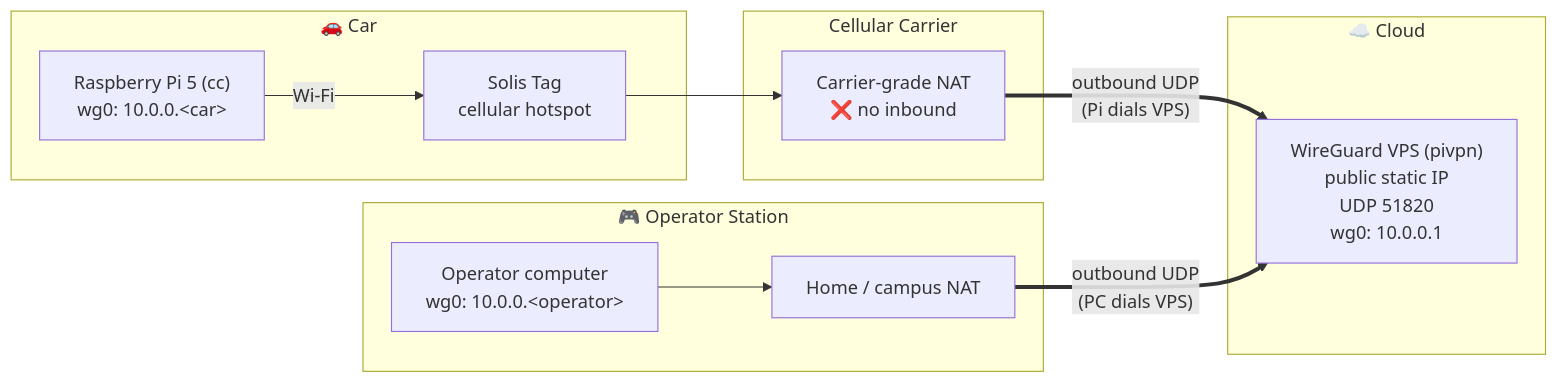
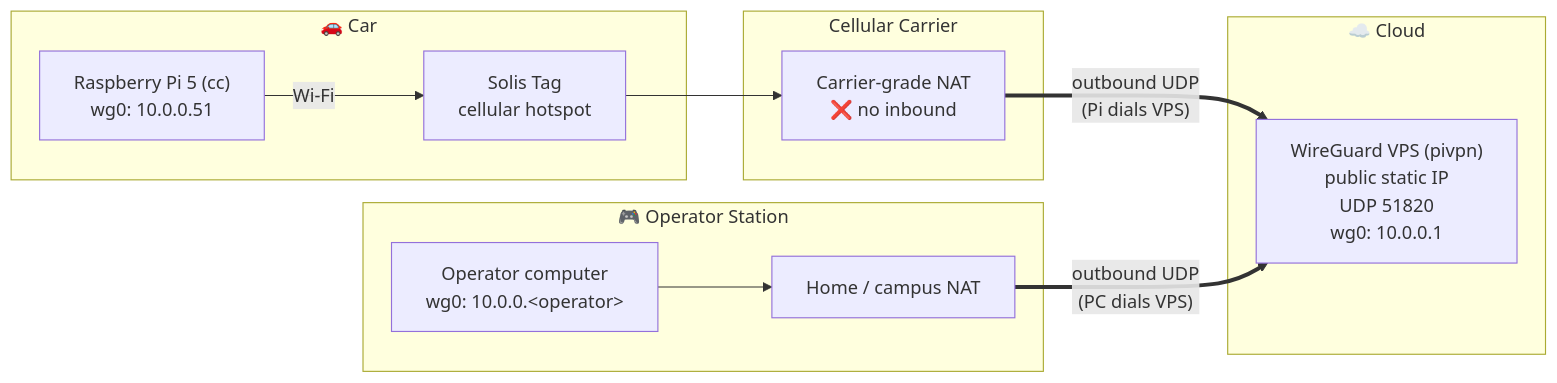
The diagram in System_Setup_Info/readme.md (Nick-Pillsbury/CC), drawn with Mermaid before and after one commit. The commit also changed other lines of this file and 2 other files, not shown here.

````diff
--- a/System_Setup_Info/readme.md
+++ b/System_Setup_Info/readme.md
@@ -265,26 +313,26 @@
 ```mermaid
 flowchart LR
     subgraph CAR["🚗 Car"]
-        PI["Raspberry Pi 5 (cc)<br/>wg0: 10.0.0.&lt;car&gt;"]
+        PI["Raspberry Pi 5 (cc)<br/>wg0: 10.0.0.51"]
         SOLIS["Solis Tag<br/>cellular hotspot"]
         PI -- Wi-Fi --> SOLIS
     end
 
     subgraph CELL["Cellular Carrier"]
         CGNAT["Carrier-grade NAT<br/>❌ no inbound"]
     end
 
     subgraph CLOUD["☁️ Cloud"]
         VPS["WireGuard VPS (pivpn)<br/>public static IP<br/>UDP 51820<br/>wg0: 10.0.0.1"]
     end
 
     subgraph OP["🎮 Operator Station"]
         PC["Operator computer<br/>wg0: 10.0.0.&lt;operator&gt;"]
         NAT2["Home / campus NAT"]
         PC --> NAT2
     end
 
     SOLIS --> CGNAT
     CGNAT == "outbound UDP<br/>(Pi dials VPS)" ==> VPS
     NAT2 == "outbound UDP<br/>(PC dials VPS)" ==> VPS
 ```
````
